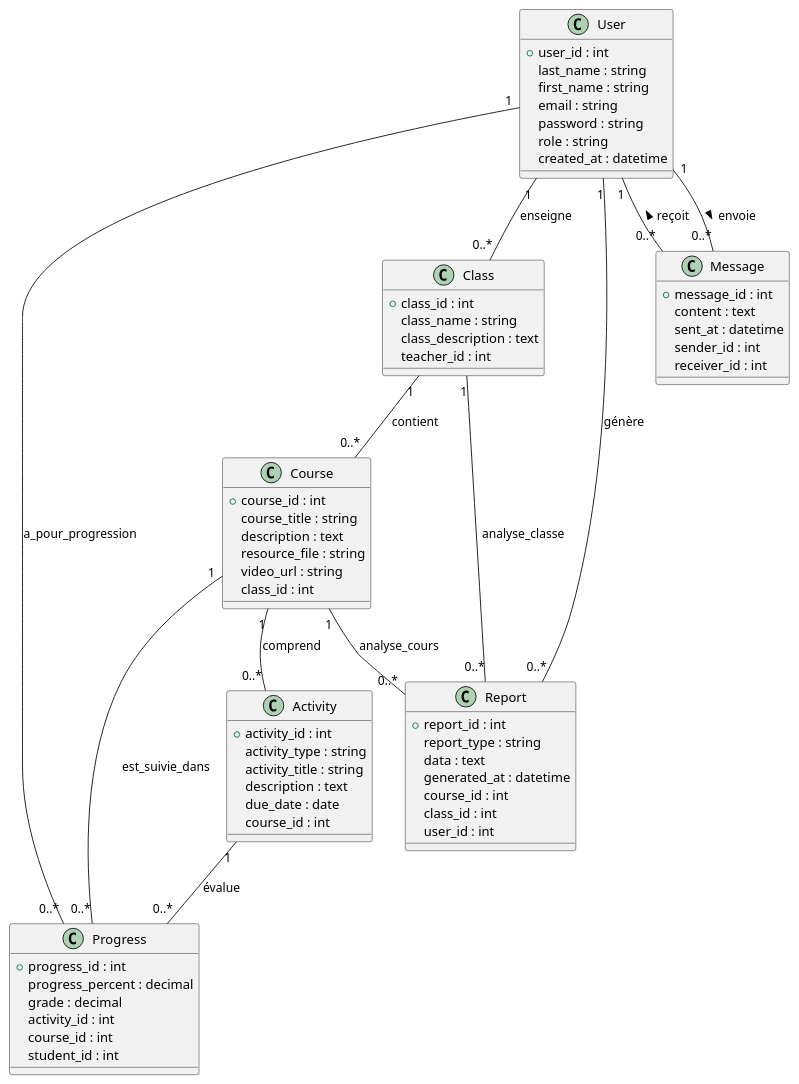
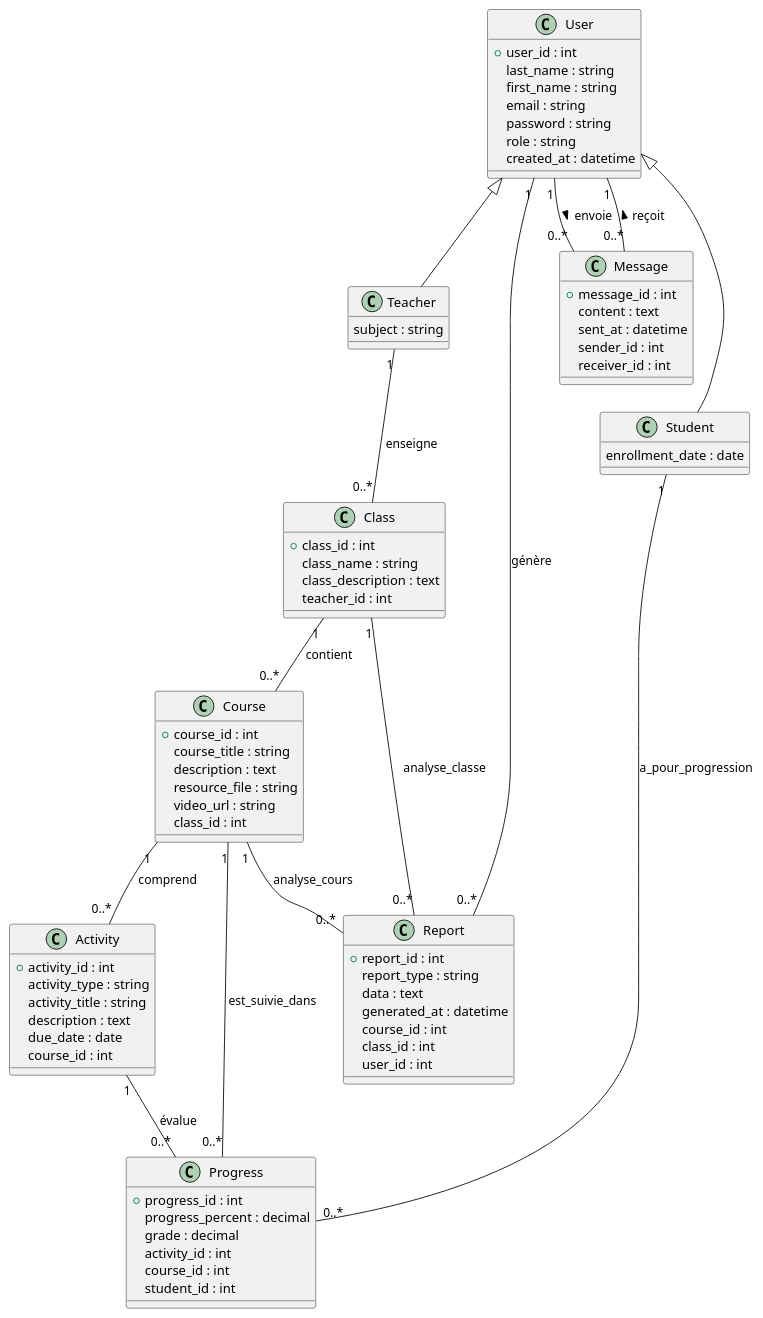
The diagram in Conception/classe/classe.puml (AurelienDillies/Primeo), drawn with PlantUML before and after one commit.

Commit message:
Diagramme de classeV2

```diff
--- a/Conception/classe/classe.puml
+++ b/Conception/classe/classe.puml
@@ -1,88 +1,96 @@
 @startuml
 
 ' ======================
 ' Classes
 ' ======================
 
 class User {
   +user_id : int
   last_name : string
   first_name : string
   email : string
   password : string
   role : string
   created_at : datetime
+}
+
+class Teacher extends User {
+  subject : string
+}
+
+class Student extends User {
+  enrollment_date : date
 }
 
 class Class {
   +class_id : int
   class_name : string
   class_description : text
   teacher_id : int
 }
 
 class Course {
   +course_id : int
   course_title : string
   description : text
   resource_file : string
   video_url : string
   class_id : int
 }
 
 class Activity {
   +activity_id : int
   activity_type : string
   activity_title : string
   description : text
   due_date : date
   course_id : int
 }
 
 class Message {
   +message_id : int
   content : text
   sent_at : datetime
   sender_id : int
   receiver_id : int
 }
 
 class Progress {
   +progress_id : int
   progress_percent : decimal
   grade : decimal
   activity_id : int
   course_id : int
   student_id : int
 }
 
 class Report {
   +report_id : int
   report_type : string
   data : text
   generated_at : datetime
   course_id : int
   class_id : int
   user_id : int
 }
 
 ' ======================
 ' Relations
 ' ======================
 
-User "1" -- "0..*" Class : enseigne
+Teacher "1" -- "0..*" Class : enseigne
 Class "1" -- "0..*" Course : contient
 Course "1" -- "0..*" Activity : comprend
 
 User "1" -- "0..*" Message : envoie >
 User "1" -- "0..*" Message : < reçoit
 
-User "1" -- "0..*" Progress : a_pour_progression
+Student "1" -- "0..*" Progress : a_pour_progression
 Course "1" -- "0..*" Progress : est_suivie_dans
 Activity "1" -- "0..*" Progress : évalue
 
 User "1" -- "0..*" Report : génère
 Class "1" -- "0..*" Report : analyse_classe
 Course "1" -- "0..*" Report : analyse_cours
 
 @enduml
```
